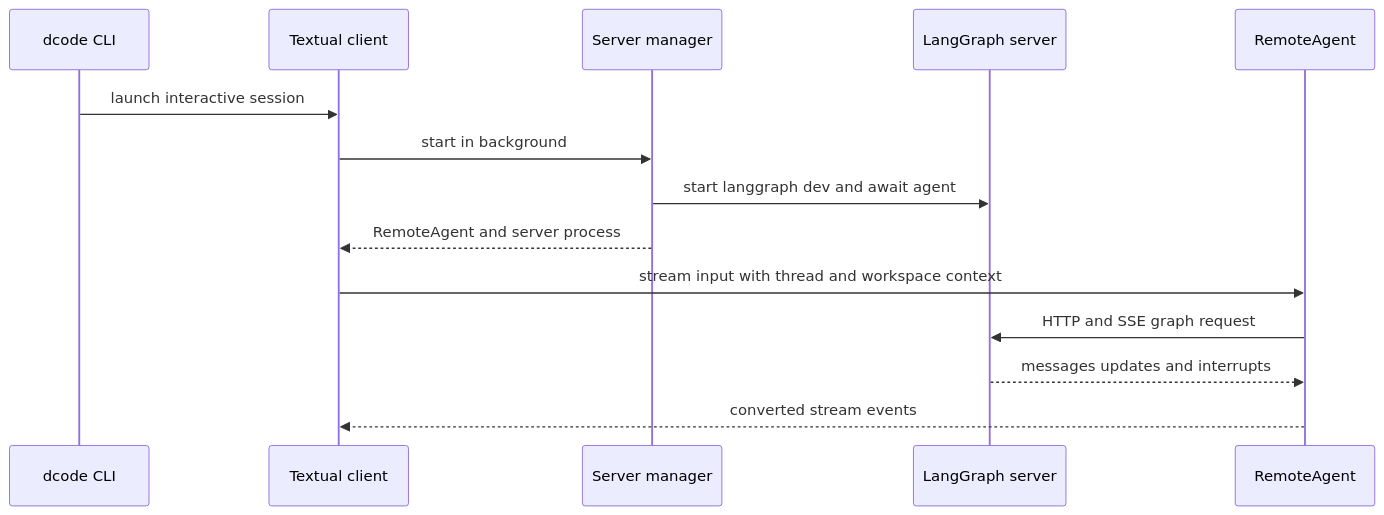
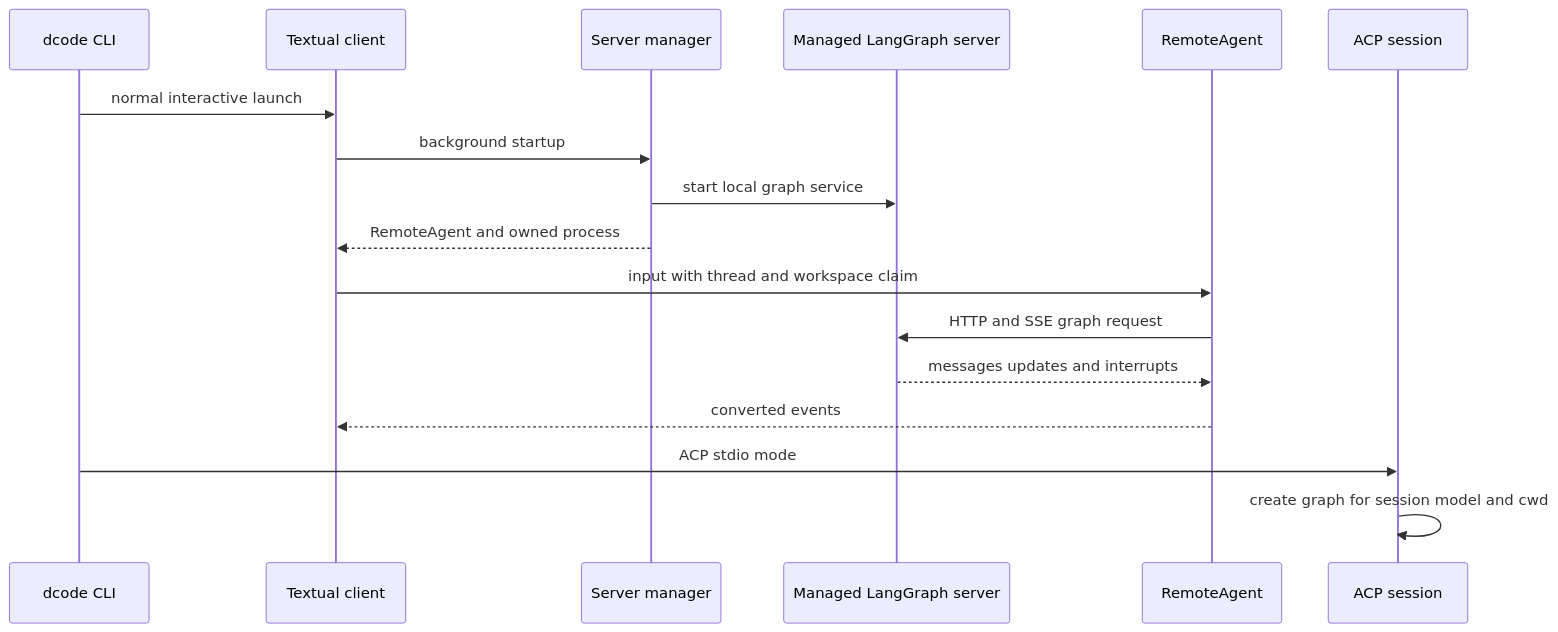
One commit to langchain-ai/deepagents changed the first of 2 diagrams in openwiki/architecture/code-agent.md. Above: the diagram before and after it, drawn with Mermaid. The commit also changed other lines of this file and 39 other files, not shown here.

````diff
--- a/openwiki/architecture/code-agent.md
+++ b/openwiki/architecture/code-agent.md
@@ -49,16 +63,19 @@
 ```mermaid
 sequenceDiagram
     participant CLI as dcode CLI
     participant TUI as Textual client
     participant Launch as Server manager
-    participant Server as LangGraph server
+    participant Server as Managed LangGraph server
     participant Remote as RemoteAgent
-    CLI->>TUI: launch interactive session
-    TUI->>Launch: start in background
-    Launch->>Server: start langgraph dev and await agent
-    Launch-->>TUI: RemoteAgent and server process
-    TUI->>Remote: stream input with thread and workspace context
+    participant ACP as ACP session
+    CLI->>TUI: normal interactive launch
+    TUI->>Launch: background startup
+    Launch->>Server: start local graph service
+    Launch-->>TUI: RemoteAgent and owned process
+    TUI->>Remote: input with thread and workspace claim
     Remote->>Server: HTTP and SSE graph request
     Server-->>Remote: messages updates and interrupts
-    Remote-->>TUI: converted stream events
+    Remote-->>TUI: converted events
+    CLI->>ACP: ACP stdio mode
+    ACP->>ACP: create graph for session model and cwd
 ```
````
